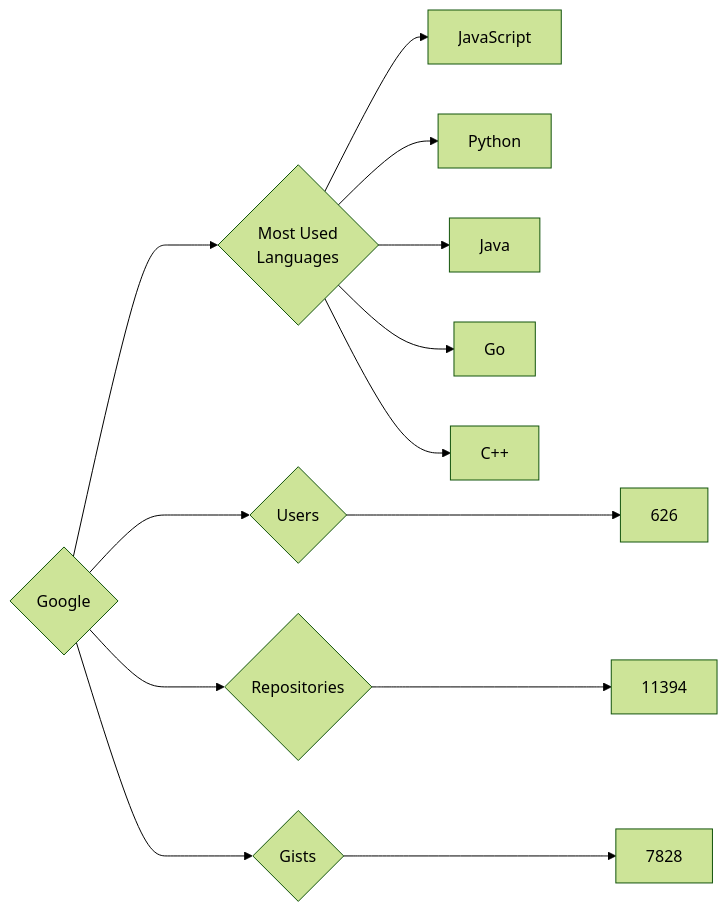
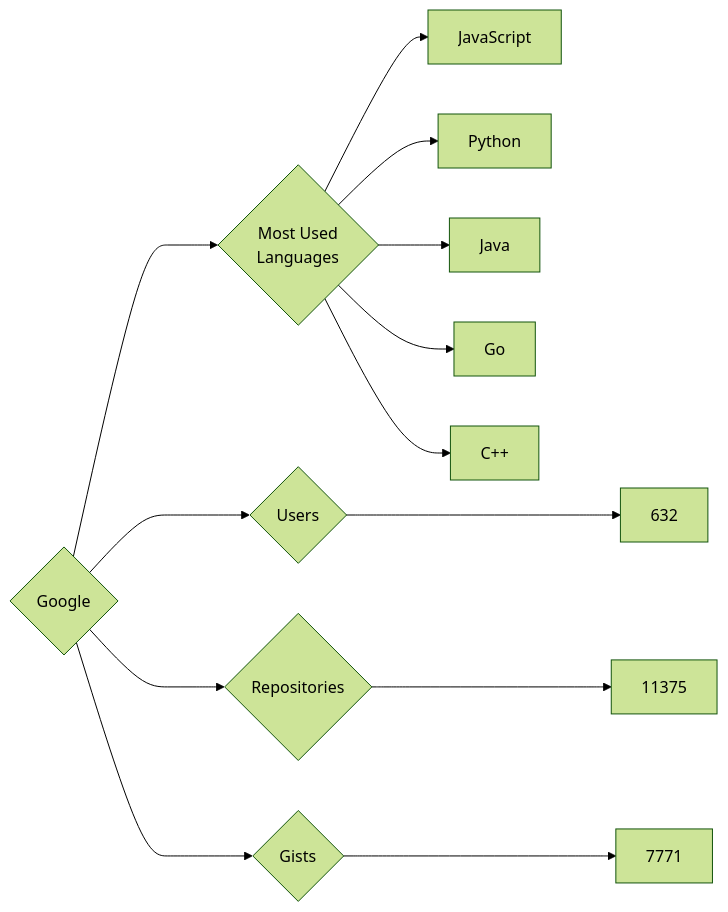
The diagram in targets/Google/README.md (trickest/insiders), drawn with Mermaid (forest theme) before and after one commit. The commit also changed 636 other files, not shown here.

````diff
--- a/targets/Google/README.md
+++ b/targets/Google/README.md
@@ -3,13 +3,13 @@
 ```mermaid
 graph LR
 COMPANY_NAME{Google}
-COMPANY_NAME ---> U{Users} ---> UN[626]
-COMPANY_NAME ---> R{Repositories} ---> RN[11394]
-COMPANY_NAME ---> G{Gists} ---> GN[7828]
+COMPANY_NAME ---> U{Users} ---> UN[632]
+COMPANY_NAME ---> R{Repositories} ---> RN[11375]
+COMPANY_NAME ---> G{Gists} ---> GN[7771]
 COMPANY_NAME ---> ML{Most Used<br>Languages}
 ML --> JavaScript[JavaScript]
 ML --> Python[Python]
 ML --> Java[Java]
 ML --> Go[Go]
 ML --> C++[C++]
 ```
````
